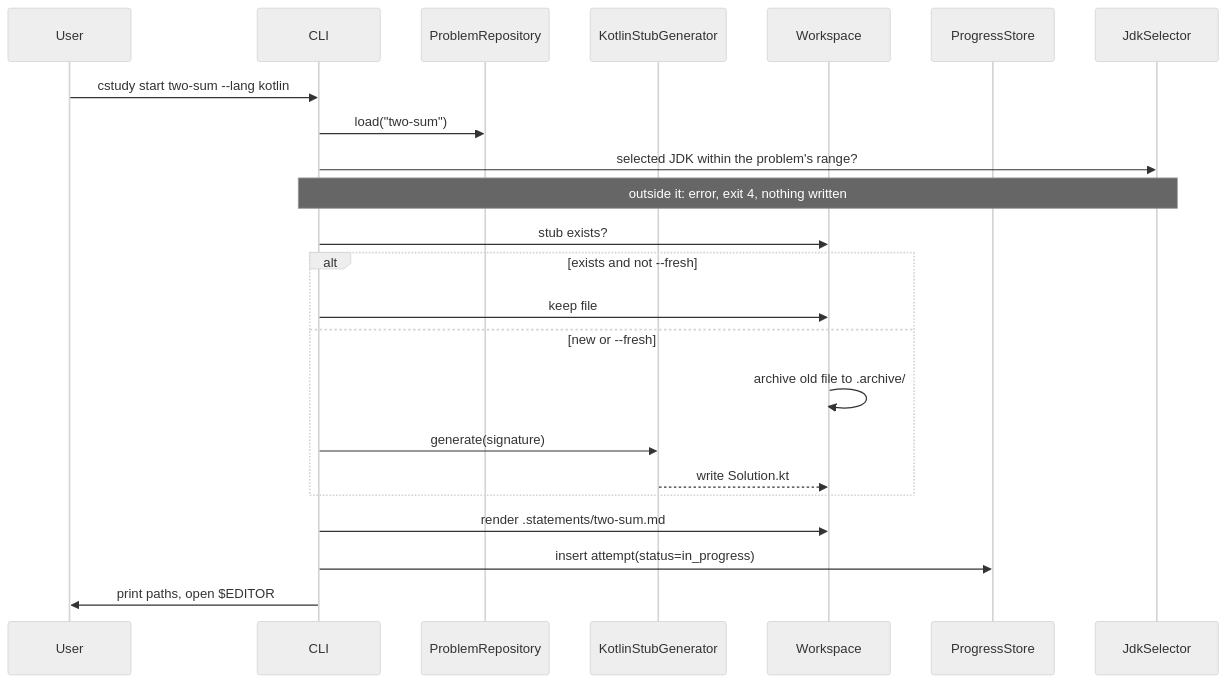
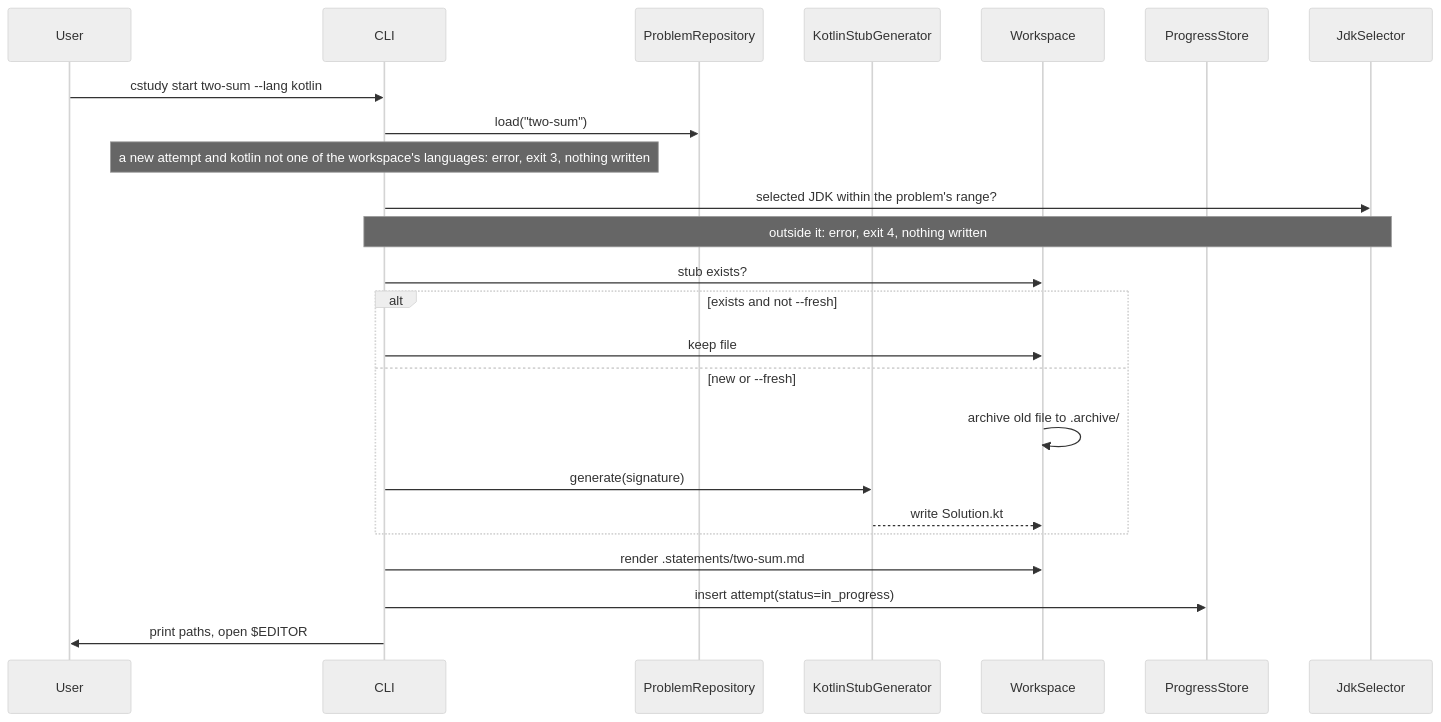
The second of 4 diagrams in docs/architecture.md (bkuberek/coding-study), drawn with Mermaid (neutral theme) before and after one commit. The commit also changed other lines of this file and 2 other files, not shown here.

Commit message:
docs: describe the learner profile in the architecture, upgrading notes and roadmap

````diff
--- a/docs/architecture.md
+++ b/docs/architecture.md
@@ -145,25 +180,26 @@
 ```mermaid
 sequenceDiagram
   participant U as User
   participant C as CLI
   participant R as ProblemRepository
   participant G as KotlinStubGenerator
   participant W as Workspace
   participant S as ProgressStore
   participant J as JdkSelector
   U->>C: cstudy start two-sum --lang kotlin
   C->>R: load("two-sum")
+  Note over C: a new attempt and kotlin not one of the workspace's languages: error, exit 3, nothing written
   C->>J: selected JDK within the problem's range?
   Note over C,J: outside it: error, exit 4, nothing written
   C->>W: stub exists?
   alt exists and not --fresh
     C->>W: keep file
   else new or --fresh
     W->>W: archive old file to .archive/
     C->>G: generate(signature)
     G-->>W: write Solution.kt
   end
   C->>W: render .statements/two-sum.md
   C->>S: insert attempt(status=in_progress)
   C->>U: print paths, open $EDITOR
 ```
````
